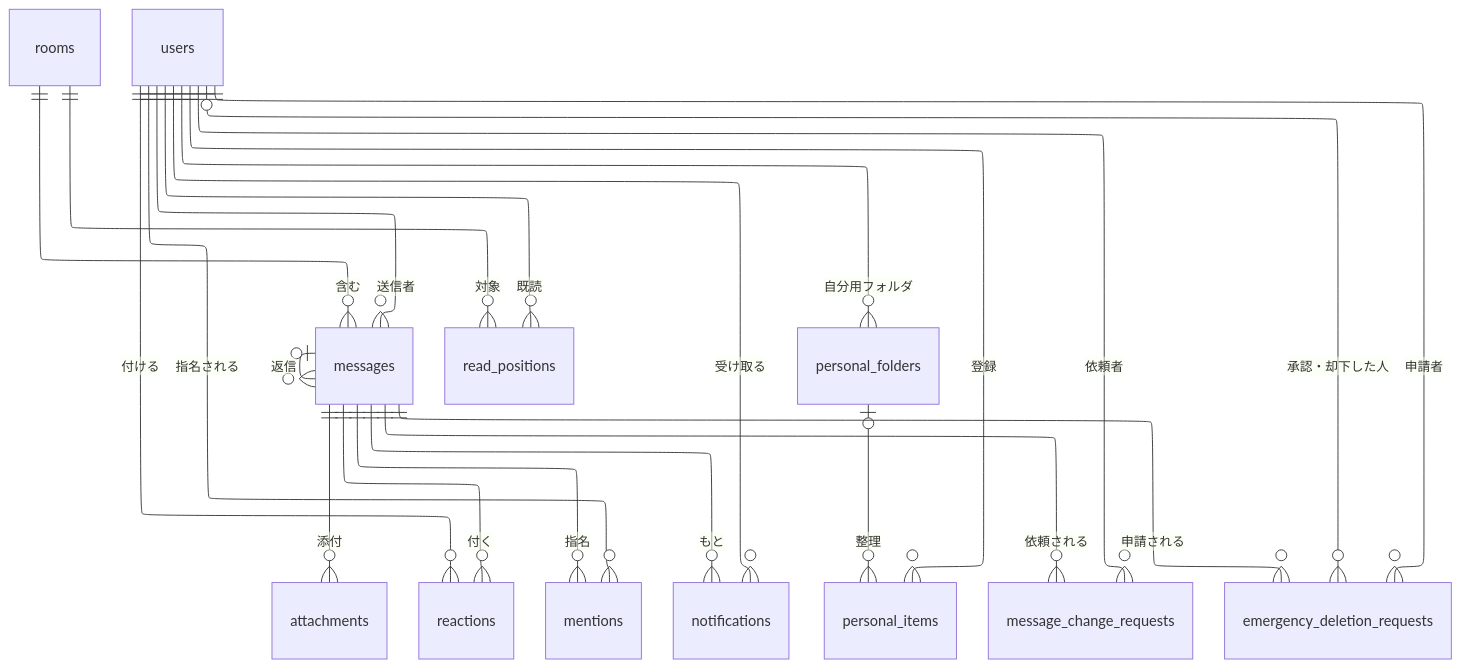
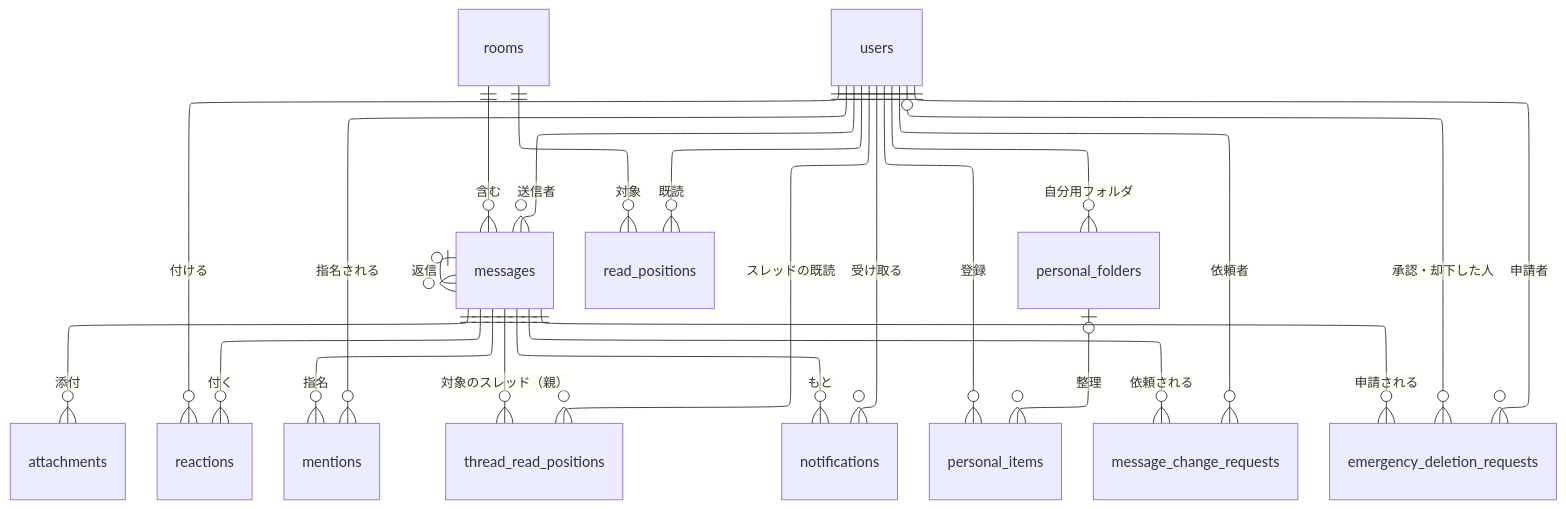
The fourth of 8 diagrams in docs/requirements/data-model.md (yamamotonaoki3/internal-system), drawn with Mermaid before and after one commit. The commit also changed other lines of this file and 126 other files, not shown here.

````diff
--- a/docs/requirements/data-model.md
+++ b/docs/requirements/data-model.md
@@ -134,27 +134,29 @@
 ```mermaid
 ---
 config:
   layout: elk
 ---
 erDiagram
     rooms ||--o{ messages : "含む"
     users ||--o{ messages : "送信者"
     messages |o--o{ messages : "返信"
     messages ||--o{ attachments : "添付"
     messages ||--o{ reactions : "付く"
     users ||--o{ reactions : "付ける"
     messages ||--o{ mentions : "指名"
     users ||--o{ mentions : "指名される"
     users ||--o{ read_positions : "既読"
     rooms ||--o{ read_positions : "対象"
+    users ||--o{ thread_read_positions : "スレッドの既読"
+    messages ||--o{ thread_read_positions : "対象のスレッド（親）"
     users ||--o{ notifications : "受け取る"
     messages ||--o{ notifications : "もと"
     users ||--o{ personal_items : "登録"
     users ||--o{ personal_folders : "自分用フォルダ"
     personal_folders |o--o{ personal_items : "整理"
     messages ||--o{ message_change_requests : "依頼される"
     users ||--o{ message_change_requests : "依頼者"
     messages ||--o{ emergency_deletion_requests : "申請される"
     users ||--o{ emergency_deletion_requests : "申請者"
     users |o--o{ emergency_deletion_requests : "承認・却下した人"
 ```
````
